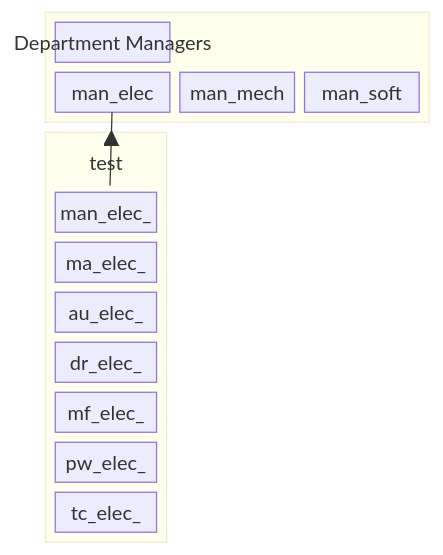
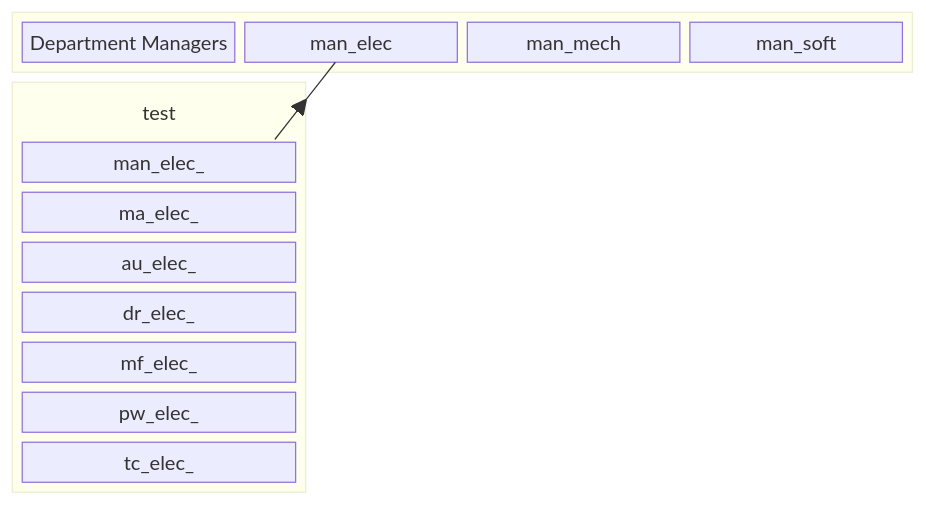
One commit to FooGiGo-Org/.github changed the diagram in README.md. Above: the diagram before and after it, drawn with Mermaid.

Commit message:
Refactor README.md block structure
Removed redundant 'columns 3' line from block.

````diff
--- a/README.md
+++ b/README.md
@@ -1,26 +1,25 @@
 ```mermaid
 ---
 title: SCRB Matrix Organization
 ---
 block
     columns 3
     block:test:3
-        columns 3
-        man["Department Managers"]:3
+        man["Department Managers"]
         man_elec man_mech man_soft
     end
     block:meme:1
         columns 1
         uct("test")
         man_elec_
         ma_elec_
         au_elec_
         dr_elec_
         mf_elec_
         pw_elec_
         tc_elec_
     end
     man_elec --> meme
 class uct BT
 classDef BT stroke:transparent,fill:transparent
 ```
````
